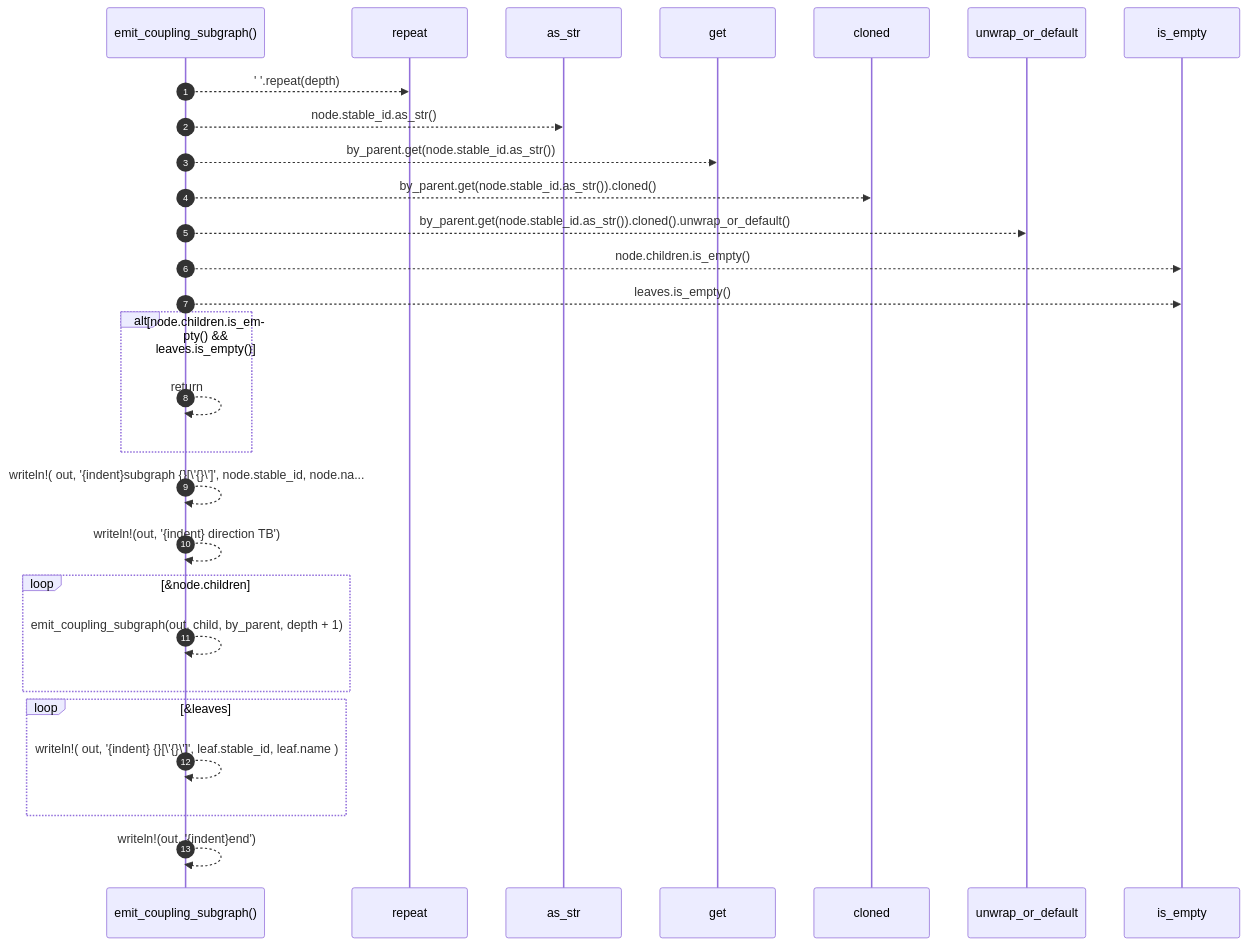
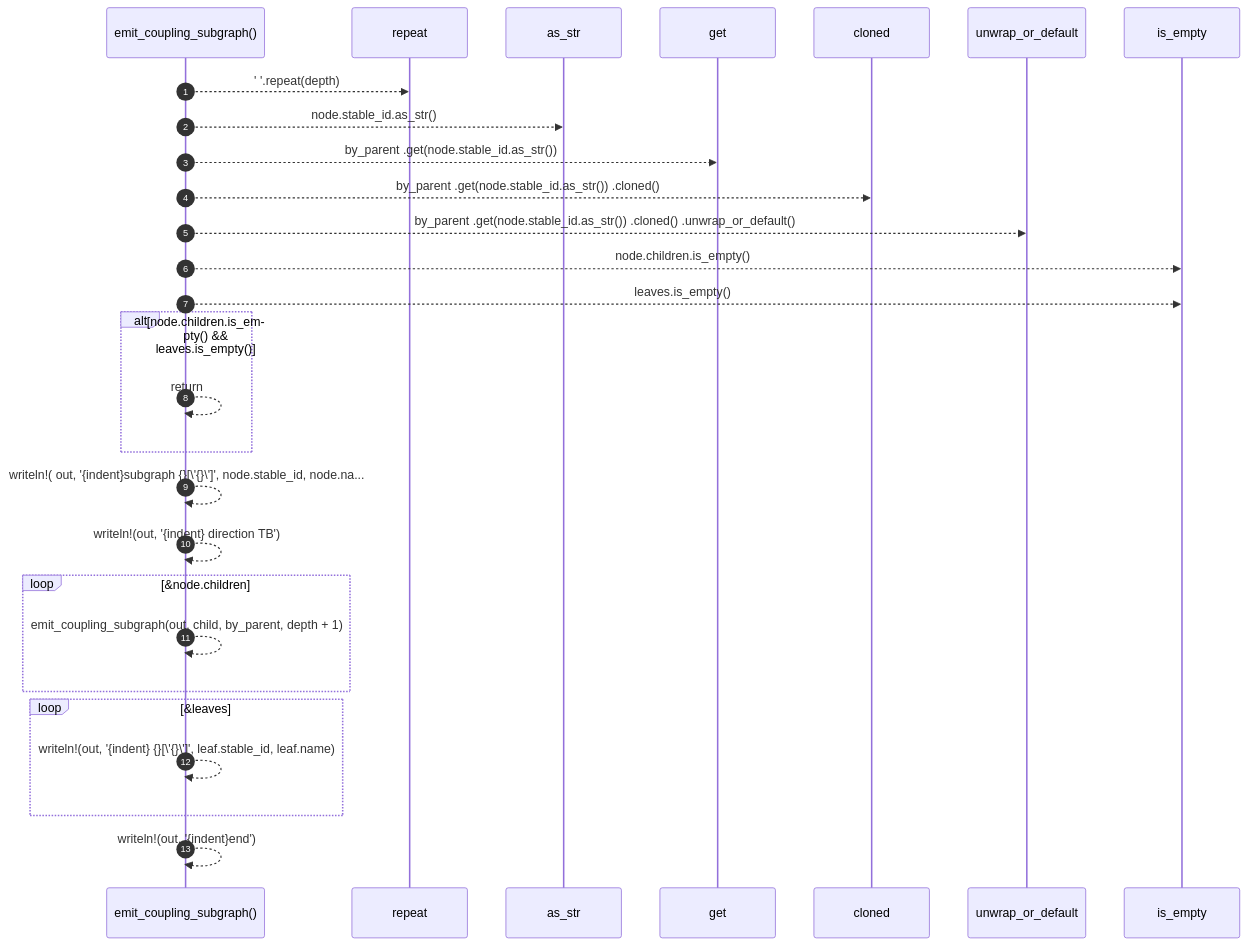
Before and after one commit to RyanGuild/self-describing-code: the diagram in docs/self-model/robby_render/render/mermaid/emit-coupling-subgraph.md, drawn with Mermaid. The commit also changed other lines of this file and 747 other files, not shown here.

````diff
--- a/docs/self-model/robby_render/render/mermaid/emit-coupling-subgraph.md
+++ b/docs/self-model/robby_render/render/mermaid/emit-coupling-subgraph.md
@@ -45,30 +44,30 @@
 ```mermaid
 sequenceDiagram
     autonumber
     participant emit_coupling_subgraph as emit_coupling_subgraph()
     participant repeat as repeat
     participant as_str as as_str
     participant get as get
     participant cloned as cloned
     participant unwrap_or_default as unwrap_or_default
     participant is_empty as is_empty
     emit_coupling_subgraph-->>repeat: ' '.repeat(depth)
     emit_coupling_subgraph-->>as_str: node.stable_id.as_str()
-    emit_coupling_subgraph-->>get: by_parent.get(node.stable_id.as_str())
-    emit_coupling_subgraph-->>cloned: by_parent.get(node.stable_id.as_str()).cloned()
-    emit_coupling_subgraph-->>unwrap_or_default: by_parent.get(node.stable_id.as_str()).cloned().unwrap_or_default()
+    emit_coupling_subgraph-->>get: by_parent .get(node.stable_id.as_str())
+    emit_coupling_subgraph-->>cloned: by_parent .get(node.stable_id.as_str()) .cloned()
+    emit_coupling_subgraph-->>unwrap_or_default: by_parent .get(node.stable_id.as_str()) .cloned() .unwrap_or_default()
     emit_coupling_subgraph-->>is_empty: node.children.is_empty()
     emit_coupling_subgraph-->>is_empty: leaves.is_empty()
     alt node.children.is_empty() && leaves.is_empty()
     emit_coupling_subgraph-->>emit_coupling_subgraph: return
     end
     emit_coupling_subgraph-->>emit_coupling_subgraph: writeln!( out, '{indent}subgraph {}[\'{}\']', node.stable_id, node.na...
     emit_coupling_subgraph-->>emit_coupling_subgraph: writeln!(out, '{indent} direction TB')
     loop &node.children
     emit_coupling_subgraph-->>emit_coupling_subgraph: emit_coupling_subgraph(out, child, by_parent, depth + 1)
     end
     loop &leaves
-    emit_coupling_subgraph-->>emit_coupling_subgraph: writeln!( out, '{indent} {}[\'{}\']', leaf.stable_id, leaf.name )
+    emit_coupling_subgraph-->>emit_coupling_subgraph: writeln!(out, '{indent} {}[\'{}\']', leaf.stable_id, leaf.name)
     end
     emit_coupling_subgraph-->>emit_coupling_subgraph: writeln!(out, '{indent}end')
 ```
````
